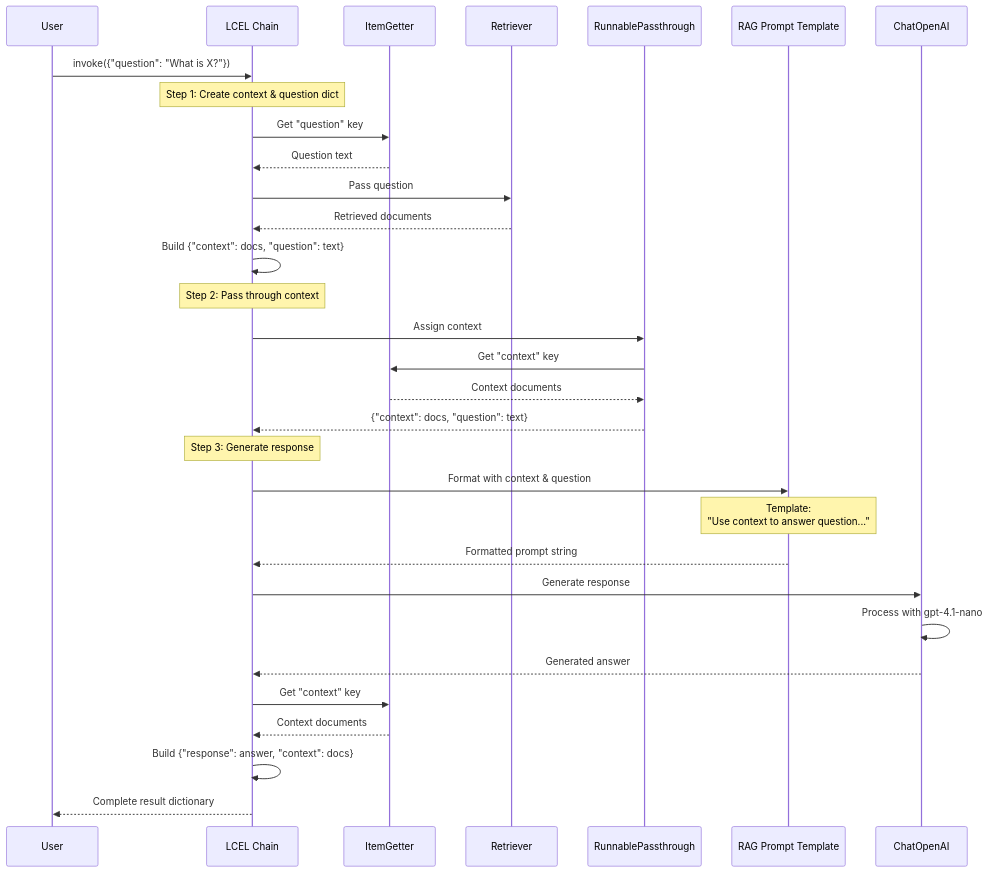
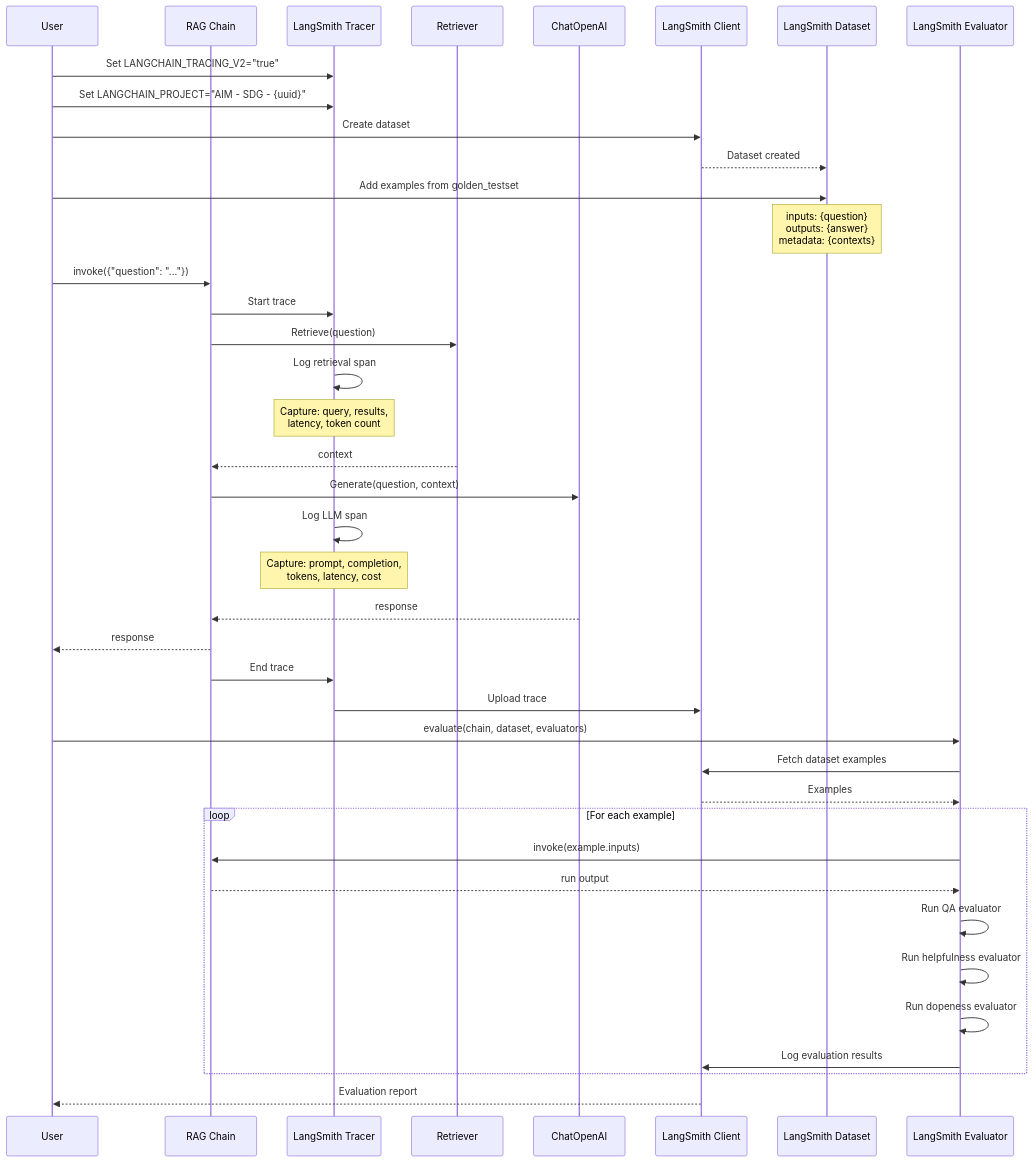
Before and after one commit to don-aie-cohort8/aie8-s09-adv-retrieval: diagram 11 of 12 in architecture/docs/03_data_flows.md, drawn with Mermaid. The commit also changed other lines of this file and 11 other files, not shown here.

````diff
--- a/architecture/docs/03_data_flows.md
+++ b/architecture/docs/03_data_flows.md
@@ -569,38 +629,54 @@
 ```mermaid
 sequenceDiagram
     participant User
-    participant LCEL as LCEL Chain
-    participant ItemGetter
-    participant Retriever
-    participant RunnablePassthrough
-    participant Prompt as RAG Prompt Template
+    participant Chain as RAG Chain
+    participant LS as LangSmith Tracer
+    participant Ret as Retriever
     participant LLM as ChatOpenAI
+    participant LSClient as LangSmith Client
+    participant Dataset as LangSmith Dataset
+    participant Eval as LangSmith Evaluator
 
-    User->>LCEL: invoke({"question": "What is X?"})
+    User->>LS: Set LANGCHAIN_TRACING_V2="true"
+    User->>LS: Set LANGCHAIN_PROJECT="AIM - SDG - {uuid}"
 
-    Note over LCEL: Step 1: Create context & question dict
-    LCEL->>ItemGetter: Get "question" key
-    ItemGetter-->>LCEL: Question text
-    LCEL->>Retriever: Pass question
-    Retriever-->>LCEL: Retrieved documents
-    LCEL->>LCEL: Build {"context": docs, "question": text}
+    User->>LSClient: Create dataset
+    LSClient-->>Dataset: Dataset created
 
-    Note over LCEL: Step 2: Pass through context
-    LCEL->>RunnablePassthrough: Assign context
-    RunnablePassthrough->>ItemGetter: Get "context" key
-    ItemGetter-->>RunnablePassthrough: Context documents
-    RunnablePassthrough-->>LCEL: {"context": docs, "question": text}
+    User->>Dataset: Add examples from golden_testset
+    Note over Dataset: inputs: {question}<br/>outputs: {answer}<br/>metadata: {contexts}
 
-    Note over LCEL: Step 3: Generate response
-    LCEL->>Prompt: Format with context & question
-    Note over Prompt: Template:<br/>"Use context to answer question..."
-    Prompt-->>LCEL: Formatted prompt string
-    LCEL->>LLM: Generate response
-    LLM->>LLM: Process with gpt-4.1-nano
-    LLM-->>LCEL: Generated answer
+    User->>Chain: invoke({"question": "..."})
+    Chain->>LS: Start trace
 
-    LCEL->>ItemGetter: Get "context" key
-    ItemGetter-->>LCEL: Context documents
-    LCEL->>LCEL: Build {"response": answer, "context": docs}
-    LCEL-->>User: Complete result dictionary
+    Chain->>Ret: Retrieve(question)
+    LS->>LS: Log retrieval span
+    Note over LS: Capture: query, results,<br/>latency, token count
+    Ret-->>Chain: context
+
+    Chain->>LLM: Generate(question, context)
+    LS->>LS: Log LLM span
+    Note over LS: Capture: prompt, completion,<br/>tokens, latency, cost
+    LLM-->>Chain: response
+
+    Chain-->>User: response
+    Chain->>LS: End trace
+    LS->>LSClient: Upload trace
+
+    User->>Eval: evaluate(chain, dataset, evaluators)
+    Eval->>LSClient: Fetch dataset examples
+    LSClient-->>Eval: Examples
+
+    loop For each example
+        Eval->>Chain: invoke(example.inputs)
+        Chain-->>Eval: run output
+
+        Eval->>Eval: Run QA evaluator
+        Eval->>Eval: Run helpfulness evaluator
+        Eval->>Eval: Run dopeness evaluator
+
+        Eval->>LSClient: Log evaluation results
+    end
+
+    LSClient-->>User: Evaluation report
 ```
````
